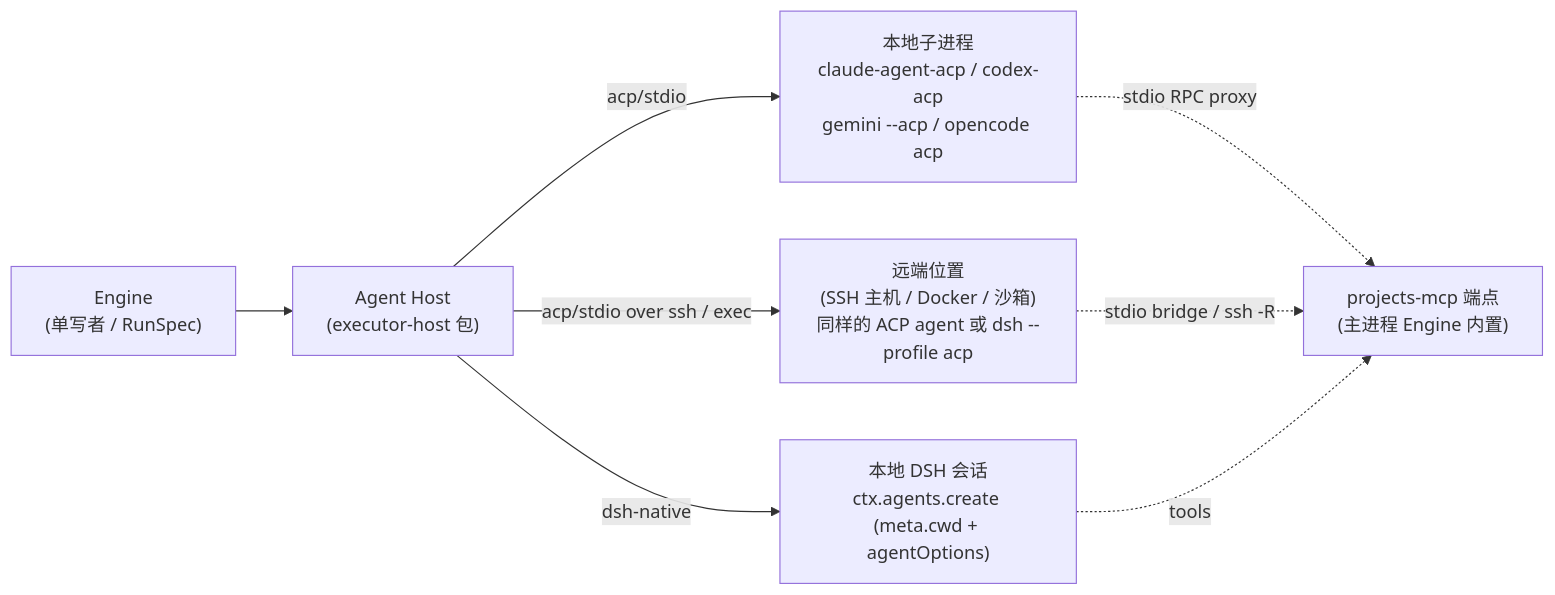
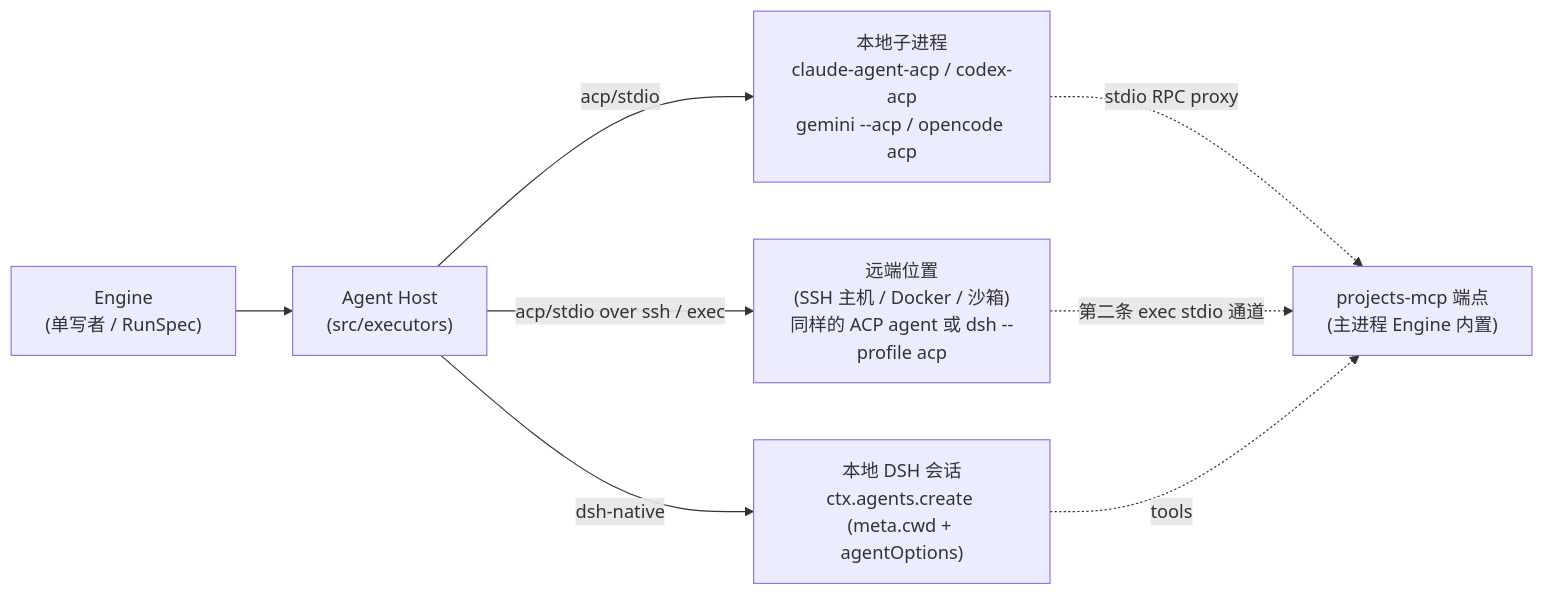
Before and after one commit to chesley-veko/dsh-projects: the diagram in docs/architecture/execution.md, drawn with Mermaid. The commit also changed other lines of this file and 16 other files, not shown here.

````diff
--- a/docs/architecture/execution.md
+++ b/docs/architecture/execution.md
@@ -14,10 +14,10 @@
 ```mermaid
 flowchart LR
-  Engine["Engine\n(单写者 / RunSpec)"] --> Host["Agent Host\n(executor-host 包)"]
+  Engine["Engine\n(单写者 / RunSpec)"] --> Host["Agent Host\n(src/executors)"]
   Host -- dsh-native --> DSH["本地 DSH 会话\nctx.agents.create (meta.cwd + agentOptions)"]
   Host -- acp/stdio --> L["本地子进程\nclaude-agent-acp / codex-acp\ngemini --acp / opencode acp"]
   Host -- acp/stdio over ssh / exec --> R["远端位置\n(SSH 主机 / Docker / 沙箱)\n同样的 ACP agent 或 dsh --profile acp"]
   L -. stdio RPC proxy .-> PM["projects-mcp 端点\n(主进程 Engine 内置)"]
-  R -. stdio bridge / ssh -R .-> PM
+  R -. 第二条 exec stdio 通道 .-> PM
   DSH -. tools .-> PM
 ```
````
